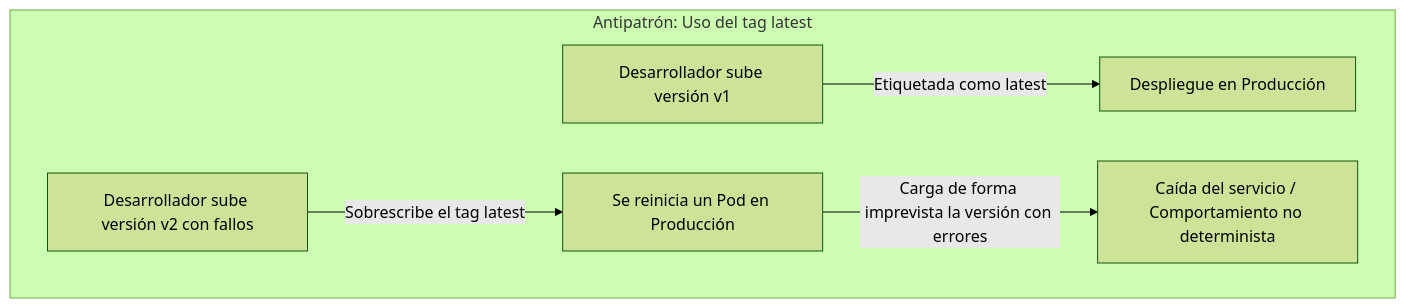
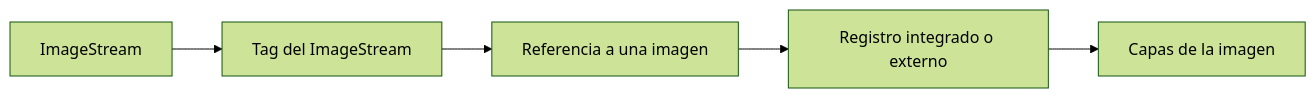
One commit to ieftraining/curso-openshift changed the third of 4 diagrams in docs/sesion4/4.4 Registro, gestión y seguridad de imágenes.md. Above: the diagram before and after it, drawn with Mermaid (forest theme). The commit also changed other lines of this file, not shown here.

````diff
--- a/docs/sesion4/4.4 Registro, gestión y seguridad de imágenes.md
+++ b/docs/sesion4/4.4 Registro, gestión y seguridad de imágenes.md
@@ -85,8 +207,7 @@
 ```mermaid
-flowchart TD
-    subgraph Antipatrón: Uso del tag latest
-        A[Desarrollador sube versión v1] -->|Etiquetada como latest| B[Despliegue en Producción]
-        C[Desarrollador sube versión v2 con fallos] -->|Sobrescribe el tag latest| D[Se reinicia un Pod en Producción]
-        D -->|Carga de forma imprevista la versión con errores| E[Caída del servicio / Comportamiento no determinista]
-    end
+flowchart LR
+    A[ImageStream] --> B[Tag del ImageStream]
+    B --> C[Referencia a una imagen]
+    C --> D[Registro integrado o externo]
+    D --> E[Capas de la imagen]
 ```
````
